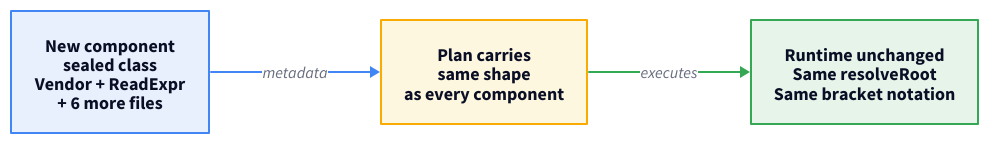
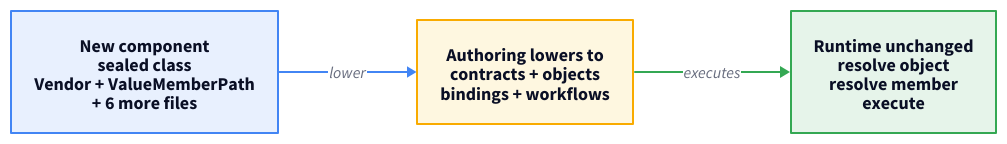
Before and after one commit to marafiq/alis-reactive: the second of 2 diagrams in docs-site/src/content/docs/architecture/vertical-slice.mdx, drawn with D2. The commit also changed other lines of this file and 1014 other files, not shown here.

````diff
--- a/docs-site/src/content/docs/architecture/vertical-slice.mdx
+++ b/docs-site/src/content/docs/architecture/vertical-slice.mdx
@@ -115,29 +115,29 @@
 ```d2
 direction: right
 
-new_slice: "New component\nsealed class\nVendor + ReadExpr\n+ 6 more files" {
+new_slice: "New component\nsealed class\nVendor + ValueMemberPath\n+ 6 more files" {
   shape: rectangle
   style.fill: "#e8f0fe"
   style.stroke: "#4285f4"
   style.font-size: 18
 }
-plan: "Plan carries\nsame shape\nas every component" {
+plan: "Authoring lowers to\ncontracts + objects\nbindings + workflows" {
   shape: rectangle
   style.fill: "#fef7e0"
   style.stroke: "#f9ab00"
   style.font-size: 18
 }
-runtime: "Runtime unchanged\nSame resolveRoot\nSame bracket notation" {
+runtime: "Runtime unchanged\nresolve object\nresolve member\nexecute" {
   shape: rectangle
   style.fill: "#e6f4ea"
   style.stroke: "#34a853"
   style.font-size: 18
 }
 
-new_slice -> plan: metadata {
+new_slice -> plan: lower {
   style.stroke: "#4285f4"
 }
 plan -> runtime: executes {
   style.stroke: "#34a853"
 }
 ```
````
